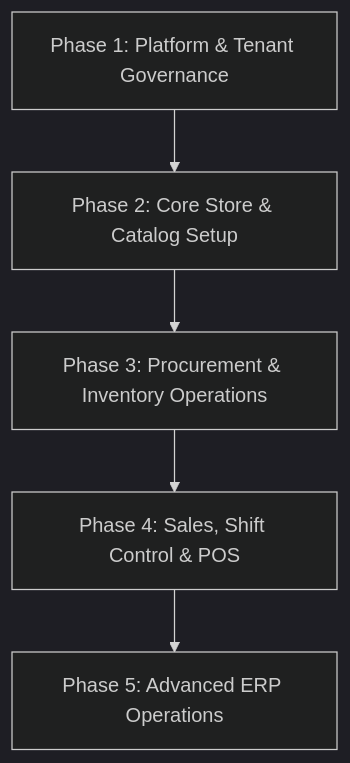
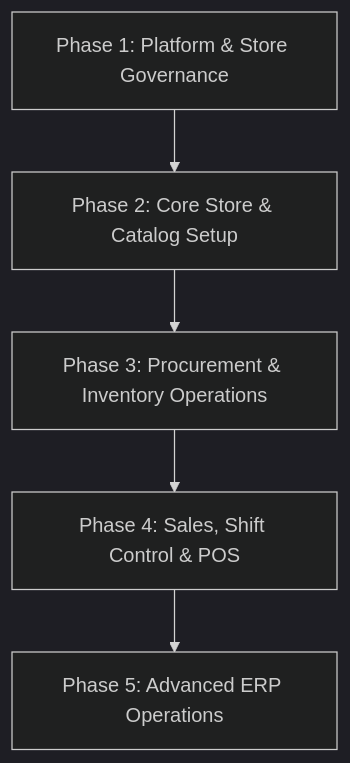
Before and after one commit to gowtamkumar/eCommerce-multi-store-saas-erp: the diagram in doc/testing/QA_MANUAL_TESTING_GUIDE.md, drawn with Mermaid (dark theme). The commit also changed other lines of this file and 764 other files, not shown here.

````diff
--- a/doc/testing/QA_MANUAL_TESTING_GUIDE.md
+++ b/doc/testing/QA_MANUAL_TESTING_GUIDE.md
@@ -55,7 +55,7 @@
 ```mermaid
 graph TD
-    P1[Phase 1: Platform & Tenant Governance] --> P2[Phase 2: Core Store & Catalog Setup]
+    P1[Phase 1: Platform & Store Governance] --> P2[Phase 2: Core Store & Catalog Setup]
     P2 --> P3[Phase 3: Procurement & Inventory Operations]
     P3 --> P4[Phase 4: Sales, Shift Control & POS]
     P4 --> P5[Phase 5: Advanced ERP Operations]
 ```
````
